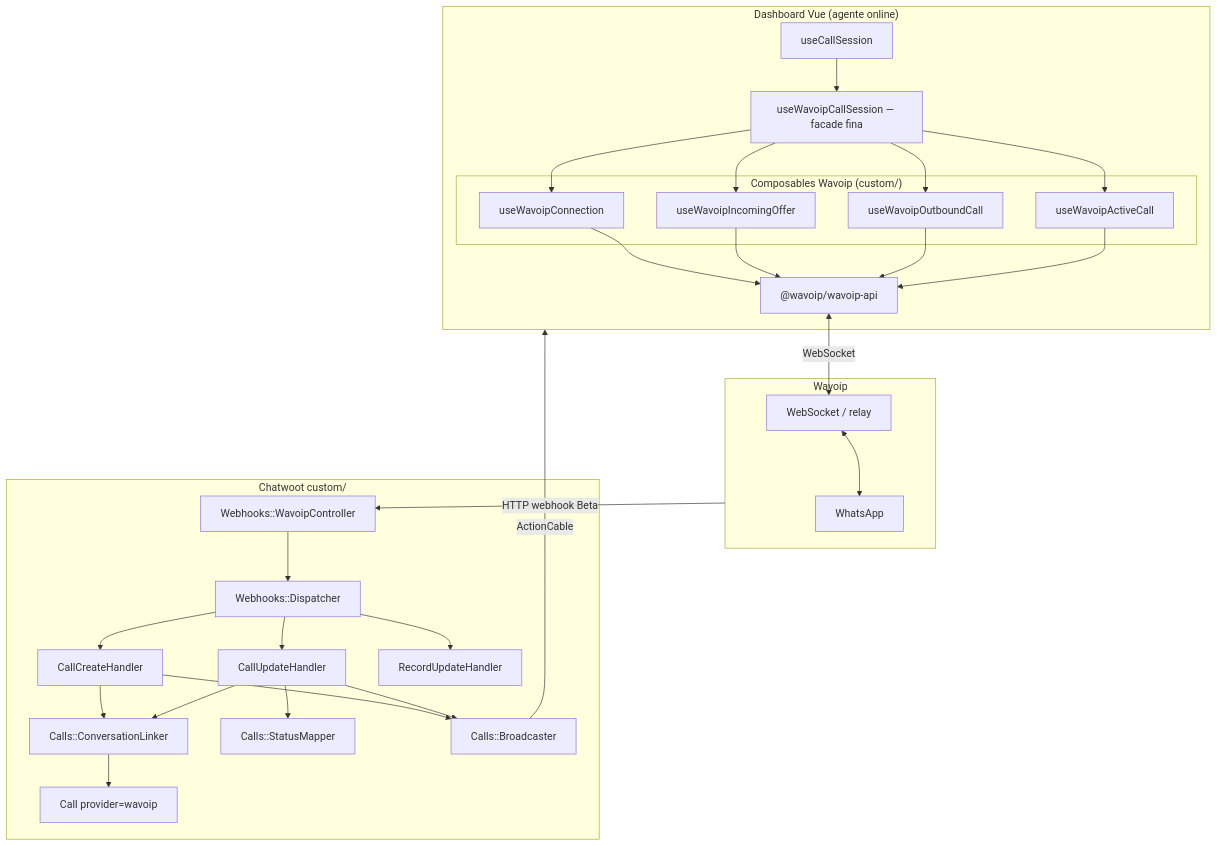
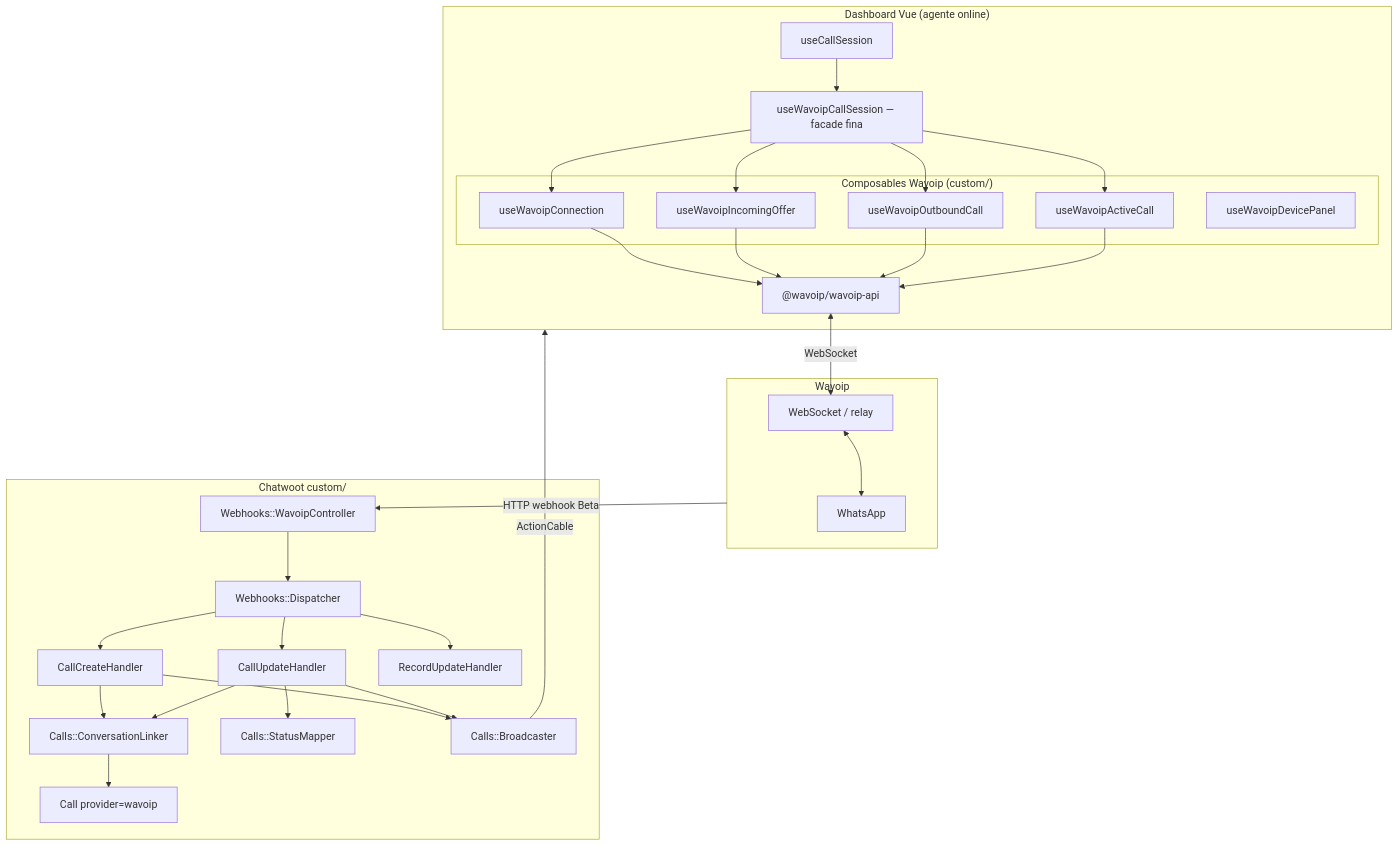
One commit to cesar-carlos/chatwoot changed the first of 3 diagrams in doc/feature/whatsapp-voice/wavoip-provider/architecture.md. Above: the diagram before and after it, drawn with Mermaid. The commit also changed other lines of this file and 7 other files, not shown here.

````diff
--- a/doc/feature/whatsapp-voice/wavoip-provider/architecture.md
+++ b/doc/feature/whatsapp-voice/wavoip-provider/architecture.md
@@ -11,43 +11,44 @@
 ```mermaid
 flowchart TB
   subgraph Browser["Dashboard Vue (agente online)"]
     UCS[useCallSession]
     WCS[useWavoipCallSession — facade fina]
     subgraph WavoipFE["Composables Wavoip (custom/)"]
       CONN[useWavoipConnection]
       IN[useWavoipIncomingOffer]
       OUT[useWavoipOutboundCall]
       ACT[useWavoipActiveCall]
+      DEV[useWavoipDevicePanel]
     end
     UCS --> WCS
     WCS --> CONN & IN & OUT & ACT
     API["@wavoip/wavoip-api"]
     CONN & IN & OUT & ACT --> API
   end
 
   subgraph WavoipCloud["Wavoip"]
     WS[WebSocket / relay]
     WA[WhatsApp]
   end
 
   subgraph Rails["Chatwoot custom/"]
     WH[Webhooks::WavoipController]
     DISP[Webhooks::Dispatcher]
     H1[CallCreateHandler]
     H2[CallUpdateHandler]
     H3[RecordUpdateHandler]
     LINK[Calls::ConversationLinker]
     MAP[Calls::StatusMapper]
     BC[Calls::Broadcaster]
     CALL[Call provider=wavoip]
   end
 
   API <-->|WebSocket| WS
   WS <--> WA
   WavoipCloud -->|HTTP webhook Beta| WH
   WH --> DISP --> H1 & H2 & H3
   H1 & H2 --> LINK --> CALL
   H2 --> MAP
   H1 & H2 --> BC
   BC -->|ActionCable| Browser
 ```
````
